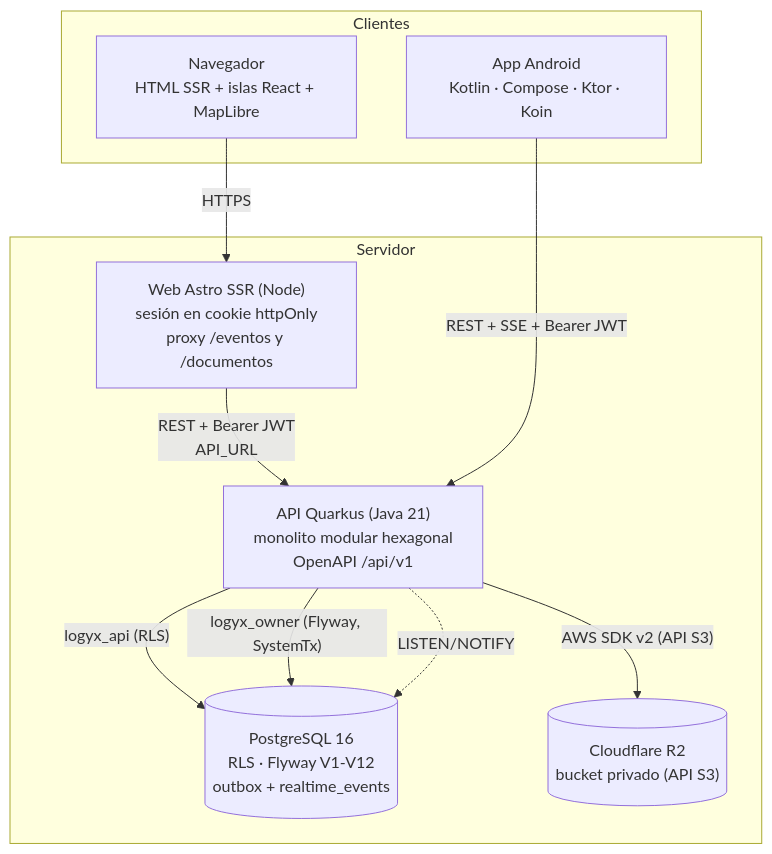
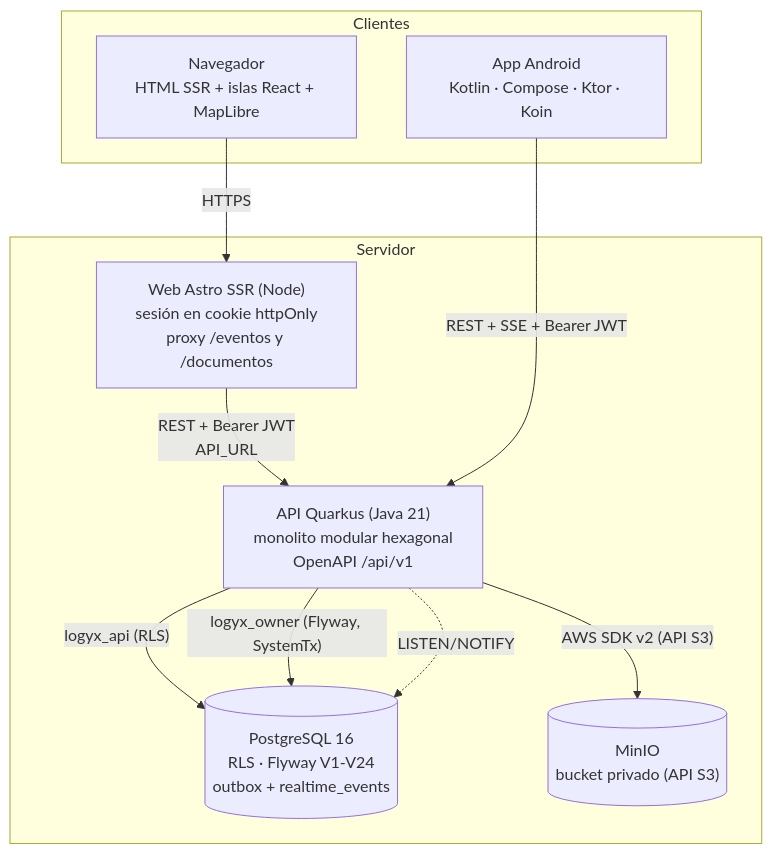
Before and after one commit to TheReeds/ProyectoEPE-LOGYX: the second of 5 diagrams in docs/software/entregable-1/arquitectura.md, drawn with Mermaid. The commit also changed other lines of this file and 28 other files, not shown here.

````diff
--- a/docs/software/entregable-1/arquitectura.md
+++ b/docs/software/entregable-1/arquitectura.md
@@ -149,22 +155,22 @@
 ```mermaid
 graph TD
   subgraph Clientes
     BRW["Navegador<br/>HTML SSR + islas React + MapLibre"]
     AND["App Android<br/>Kotlin · Compose · Ktor · Koin"]
   end
 
   subgraph "Servidor"
     WEB["Web Astro SSR (Node)<br/>sesión en cookie httpOnly<br/>proxy /eventos y /documentos"]
     API["API Quarkus (Java 21)<br/>monolito modular hexagonal<br/>OpenAPI /api/v1"]
-    DB[("PostgreSQL 16<br/>RLS · Flyway V1-V12<br/>outbox + realtime_events")]
-    OBJ[("Cloudflare R2<br/>bucket privado (API S3)")]
+    DB[("PostgreSQL 16<br/>RLS · Flyway V1-V24<br/>outbox + realtime_events")]
+    OBJ[("MinIO<br/>bucket privado (API S3)")]
   end
 
   BRW -->|HTTPS| WEB
   WEB -->|"REST + Bearer JWT<br/>API_URL"| API
   AND -->|"REST + SSE + Bearer JWT"| API
   API -->|"logyx_api (RLS)"| DB
   API -->|"logyx_owner (Flyway, SystemTx)"| DB
   API -->|"AWS SDK v2 (API S3)"| OBJ
   API -. "LISTEN/NOTIFY" .-> DB
 ```
````
